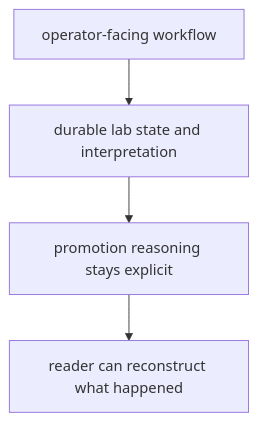
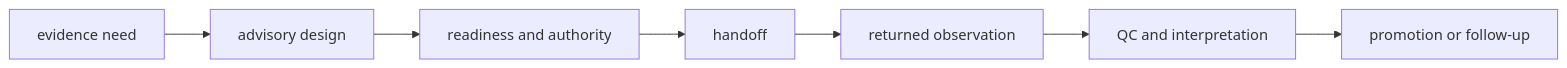
One commit to bijux/bijux-proteomics changed the diagram in docs/07-bijux-proteomics-lab/quality/documentation-standards.md. Above: the diagram before and after it, drawn with Mermaid. The commit also changed other lines of this file and 3 other files, not shown here.

Commit message:
docs(lab): separate records from physical execution

````diff
--- a/docs/07-bijux-proteomics-lab/quality/documentation-standards.md
+++ b/docs/07-bijux-proteomics-lab/quality/documentation-standards.md
@@ -18,11 +32,9 @@
 ```mermaid
-flowchart TB
-    workflow["operator-facing workflow"]
-    records["durable lab state and interpretation"]
-    promotion["promotion reasoning stays explicit"]
-    reader["reader can reconstruct what happened"]
-
-    workflow --> records
-    records --> promotion
-    promotion --> reader
+flowchart LR
+    N["evidence need"] --> P["advisory design"]
+    P --> G["readiness and authority"]
+    G --> H["handoff"]
+    H --> O["returned observation"]
+    O --> Q["QC and interpretation"]
+    Q --> R["promotion or follow-up"]
 ```
````
